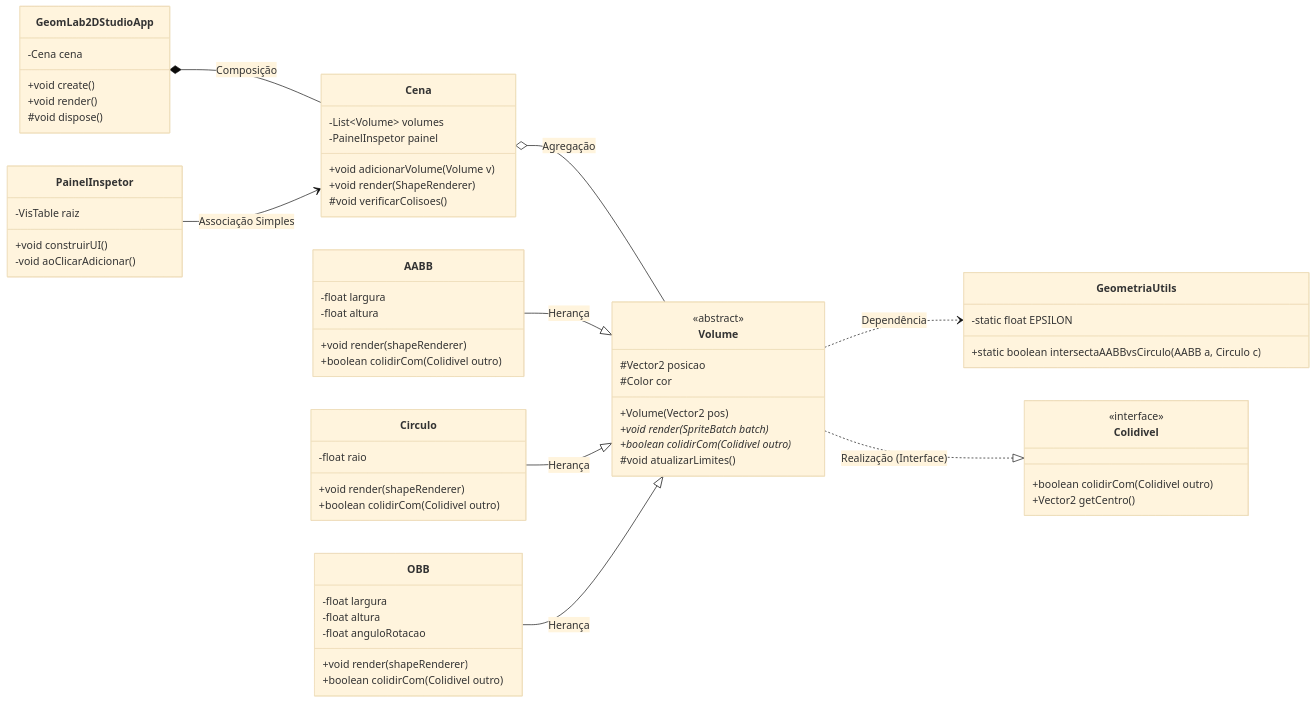
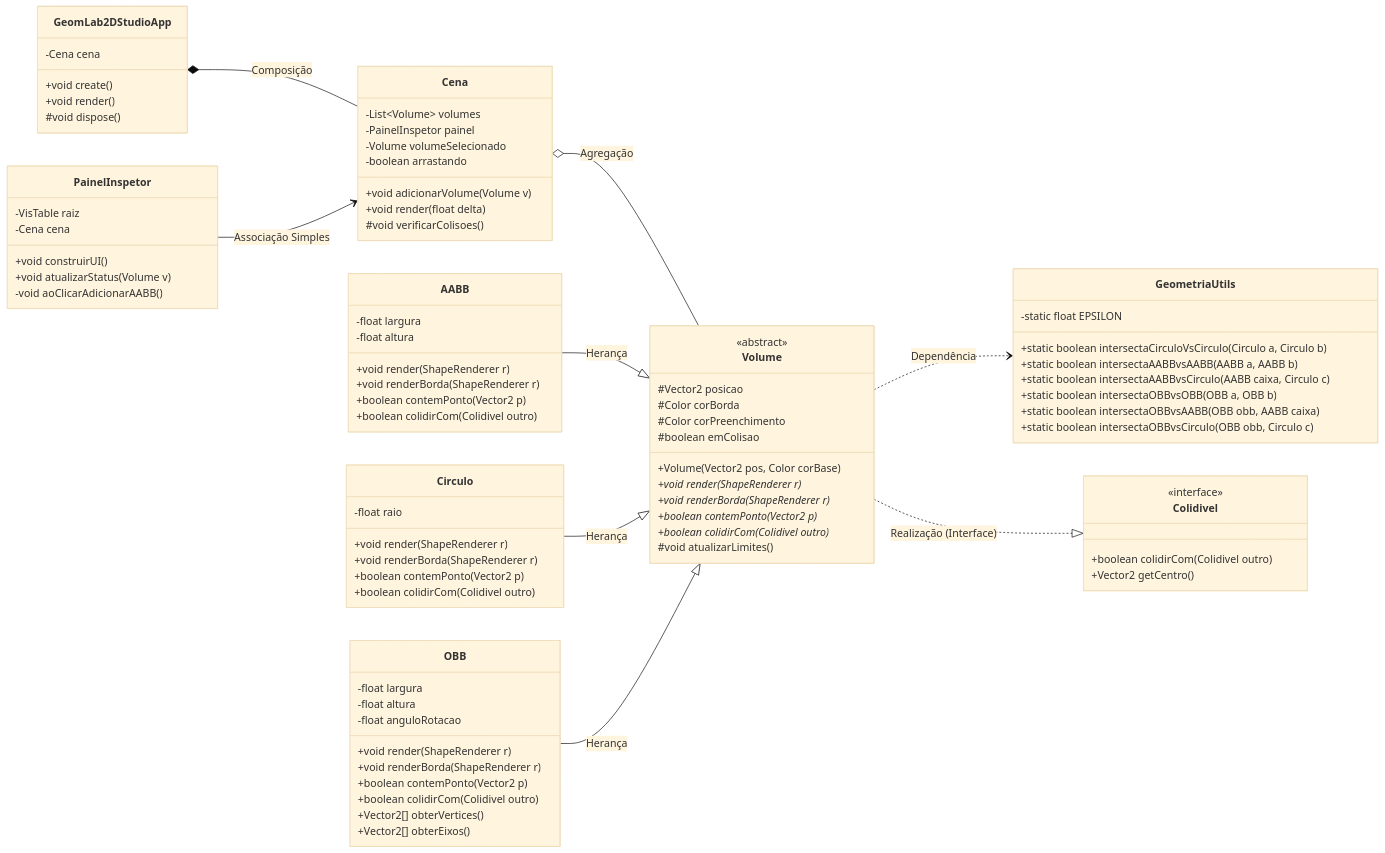
The diagram in docs/ARCHITECTURE.md (tuliolivas/geomlab-2d-studio), drawn with Mermaid (base theme) before and after one commit. The commit also changed other lines of this file and 7 other files, not shown here.

```diff
--- a/docs/ARCHITECTURE.md
+++ b/docs/ARCHITECTURE.md
@@ -43,15 +45,19 @@
     class Cena {
         -List~Volume~ volumes
         -PainelInspetor painel
+        -Volume volumeSelecionado
+        -boolean arrastando
         +void adicionarVolume(Volume v)
-        +void render(ShapeRenderer)
+        +void render(float delta)
         #void verificarColisoes()
     }
 
     class PainelInspetor {
         -VisTable raiz
+        -Cena cena
         +void construirUI()
-        -void aoClicarAdicionar()
+        +void atualizarStatus(Volume v)
+        -void aoClicarAdicionarAABB()
     }
 
     class Colidivel {
@@ -63,9 +69,13 @@
     class Volume {
         <<abstract>>
         #Vector2 posicao
-        #Color cor
-        +Volume(Vector2 pos)
-        +void render(SpriteBatch batch)*
+        #Color corBorda
+        #Color corPreenchimento
+        #boolean emColisao
+        +Volume(Vector2 pos, Color corBase)
+        +void render(ShapeRenderer r)*
+        +void renderBorda(ShapeRenderer r)*
+        +boolean contemPonto(Vector2 p)*
         +boolean colidirCom(Colidivel outro)*
         #void atualizarLimites()
     }
@@ -73,13 +83,17 @@
     class AABB {
         -float largura
         -float altura
-        +void render(shapeRenderer)
+        +void render(ShapeRenderer r)
+        +void renderBorda(ShapeRenderer r)
+        +boolean contemPonto(Vector2 p)
         +boolean colidirCom(Colidivel outro)
     }
 
     class Circulo {
         -float raio
-        +void render(shapeRenderer)
+        +void render(ShapeRenderer r)
+        +void renderBorda(ShapeRenderer r)
+        +boolean contemPonto(Vector2 p)
         +boolean colidirCom(Colidivel outro)
     }
 
@@ -87,13 +101,22 @@
         -float largura
         -float altura
         -float anguloRotacao
-        +void render(shapeRenderer)
+        +void render(ShapeRenderer r)
+        +void renderBorda(ShapeRenderer r)
+        +boolean contemPonto(Vector2 p)
         +boolean colidirCom(Colidivel outro)
+        +Vector2[] obterVertices()
+        +Vector2[] obterEixos()
     }
 
     class GeometriaUtils {
         -static float EPSILON
-        +static boolean intersectaAABBvsCirculo(AABB a, Circulo c)
+        +static boolean intersectaCirculoVsCirculo(Circulo a, Circulo b)
+        +static boolean intersectaAABBvsAABB(AABB a, AABB b)
+        +static boolean intersectaAABBvsCirculo(AABB caixa, Circulo c)
+        +static boolean intersectaOBBvsOBB(OBB a, OBB b)
+        +static boolean intersectaOBBvsAABB(OBB obb, AABB caixa)
+        +static boolean intersectaOBBvsCirculo(OBB obb, Circulo c)
     }
 
     GeomLab2DStudioApp *-- Cena : Composição
```
